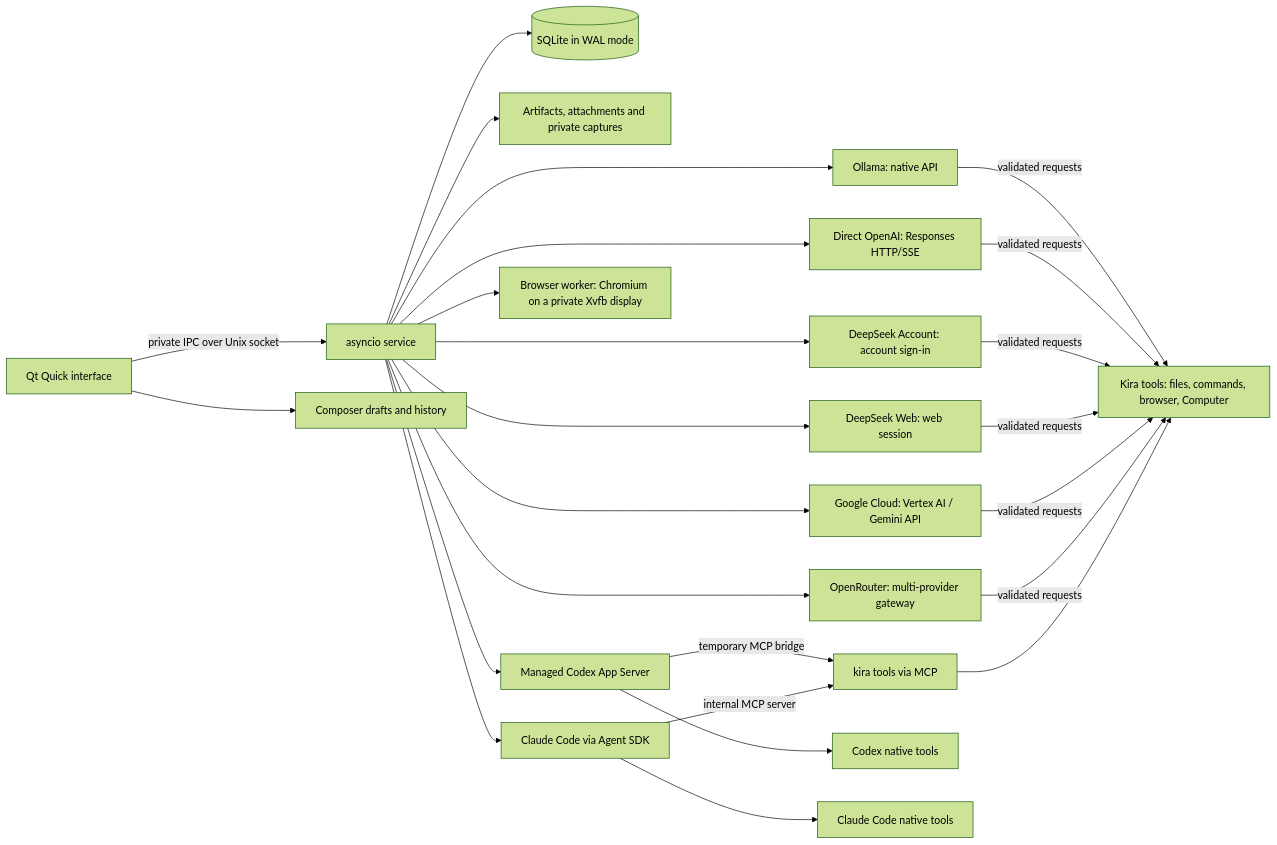
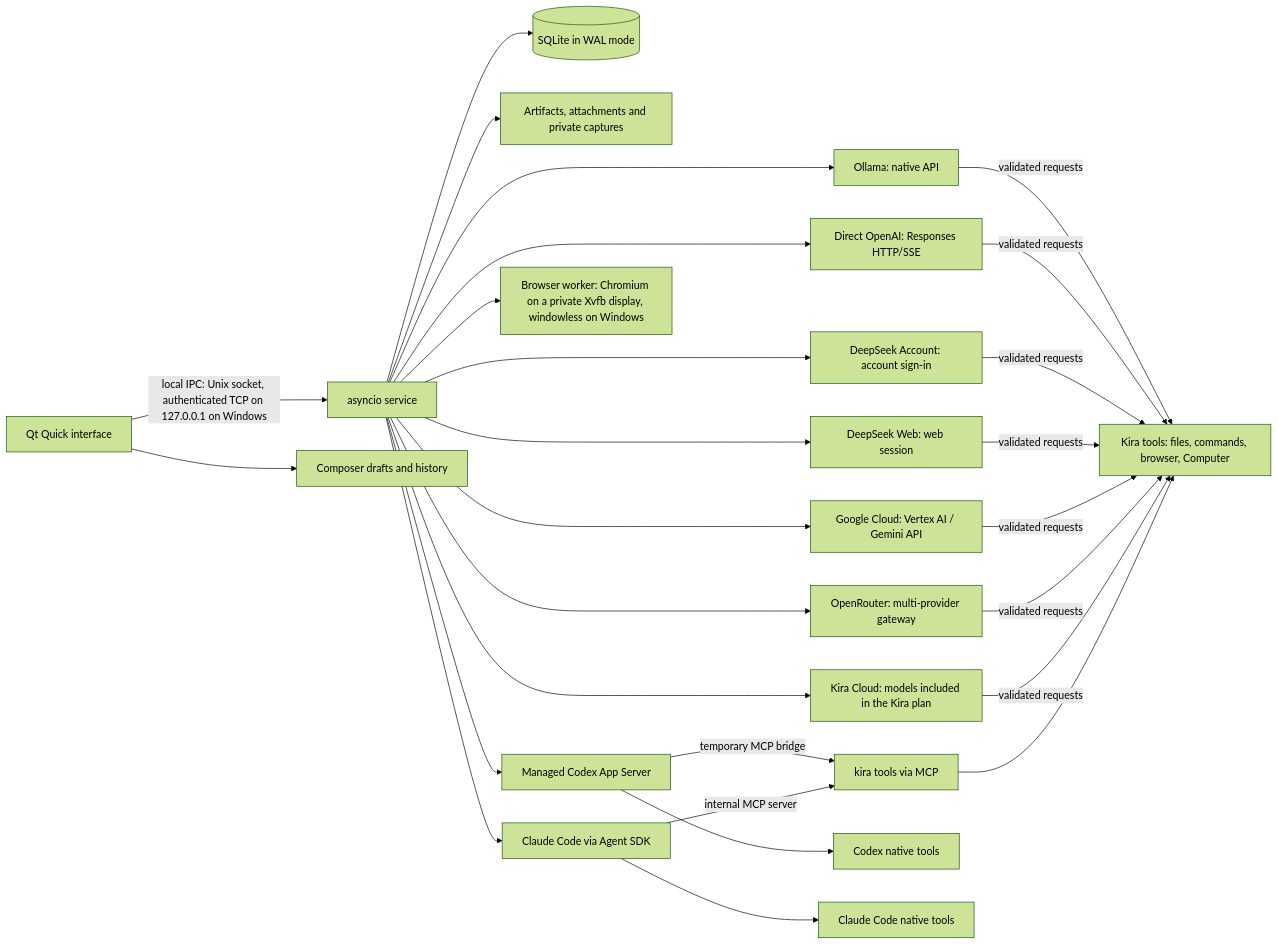
Before and after one commit to antosec00/kira-desktop: the diagram in docs/en/ARCHITECTURE.md, drawn with Mermaid (forest theme). The commit also changed other lines of this file and 65 other files, not shown here.

````diff
--- a/docs/en/ARCHITECTURE.md
+++ b/docs/en/ARCHITECTURE.md
@@ -16,18 +16,19 @@
 ```mermaid
 flowchart LR
-  GUI[Qt Quick interface] -->|private IPC over Unix socket| Service[asyncio service]
+  GUI[Qt Quick interface] -->|local IPC: Unix socket, authenticated TCP on 127.0.0.1 on Windows| Service[asyncio service]
   GUI --> Composer[Composer drafts and history]
   Service --> DB[(SQLite in WAL mode)]
   Service --> Artifacts[Artifacts, attachments and private captures]
   Service --> Ollama[Ollama: native API] & OpenAI[Direct OpenAI: Responses HTTP/SSE]
   Service --> DSAccount[DeepSeek Account: account sign-in] & DSWeb[DeepSeek Web: web session]
   Service --> GCloud[Google Cloud: Vertex AI / Gemini API] & OpenRouter[OpenRouter: multi-provider gateway]
+  Service --> KiraCloud[Kira Cloud: models included in the Kira plan]
   Service --> Codex[Managed Codex App Server] & Claude[Claude Code via Agent SDK]
-  Service --> Browser[Browser worker: Chromium on a private Xvfb display]
-  Ollama & OpenAI & DSAccount & DSWeb & GCloud & OpenRouter -->|validated requests| Tools[Kira tools: files, commands, browser, Computer]
+  Service --> Browser[Browser worker: Chromium on a private Xvfb display, windowless on Windows]
+  Ollama & OpenAI & DSAccount & DSWeb & GCloud & OpenRouter & KiraCloud -->|validated requests| Tools[Kira tools: files, commands, browser, Computer]
   Codex -->|temporary MCP bridge| KiraMcp[kira tools via MCP]
   Claude -->|internal MCP server| KiraMcp
   Codex --> NativeTools[Codex native tools]
   Claude --> ClaudeTools[Claude Code native tools]
   KiraMcp --> Tools
 ```
````
